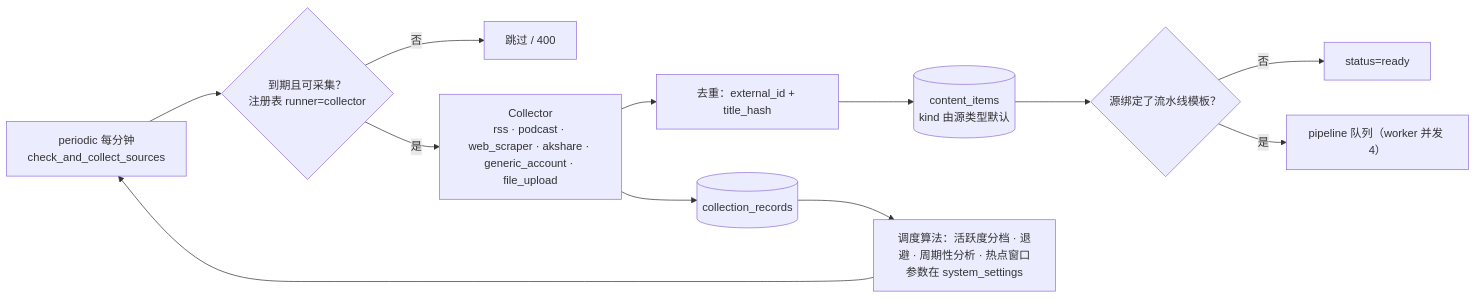
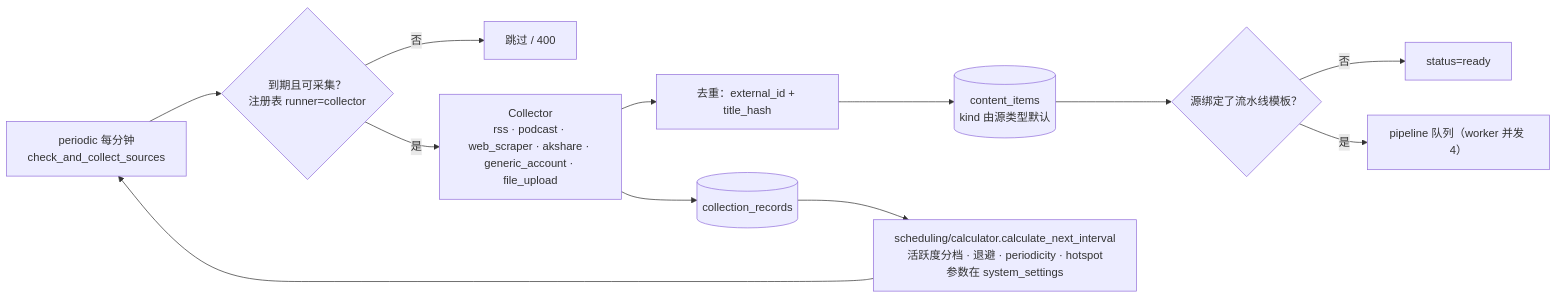
Before and after one commit to keylin/allin-one: the first of 3 diagrams in docs/40-流程.md, drawn with Mermaid. The commit also changed other lines of this file and 3 other files, not shown here.

````diff
--- a/docs/40-流程.md
+++ b/docs/40-流程.md
@@ -10,14 +10,14 @@
 ```mermaid
 flowchart LR
   T["periodic 每分钟<br/>check_and_collect_sources"] --> Q{"到期且可采集？<br/>注册表 runner=collector"}
   Q -->|否| X["跳过 / 400"]
   Q -->|是| C["Collector<br/>rss · podcast · web_scraper · akshare · generic_account · file_upload"]
   C --> D["去重：external_id + title_hash"]
   D --> CI[("content_items<br/>kind 由源类型默认")]
   C --> R[("collection_records")]
-  R --> S["调度算法：活跃度分档 · 退避 · 周期性分析 · 热点窗口<br/>参数在 system_settings"]
+  R --> S["scheduling/calculator.calculate_next_interval<br/>活跃度分档 · 退避 · periodicity · hotspot<br/>参数在 system_settings"]
   S --> T
   CI --> P{"源绑定了流水线模板？"}
   P -->|否| RD["status=ready"]
   P -->|是| PL["pipeline 队列（worker 并发 4）"]
 ```
````
